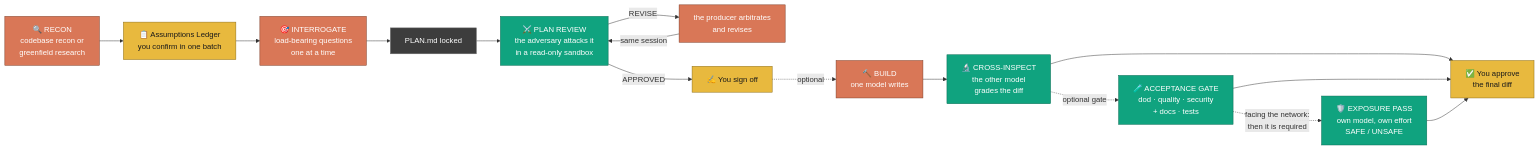
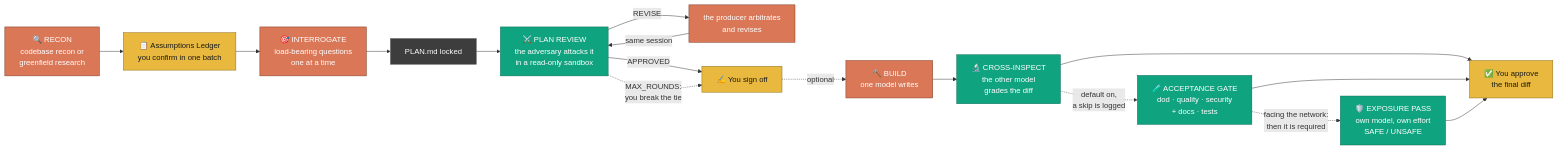
Before and after one commit to ujconsulting/claudex-loop: the diagram in README.md, drawn with Mermaid. The commit also changed other lines of this file and 18 other files, not shown here.

````diff
--- a/README.md
+++ b/README.md
@@ -26,25 +26,26 @@
 ```mermaid
 flowchart LR
     A["🔍 RECON<br>codebase recon or<br>greenfield research"] --> L["📋 Assumptions Ledger<br>you confirm in one batch"]
     L --> B["🎯 INTERROGATE<br>load-bearing questions<br>one at a time"]
     B --> P["PLAN.md locked"]
     P --> C["⚔️ PLAN REVIEW<br>the adversary attacks it<br>in a read-only sandbox"]
     C -- REVISE --> R["the producer arbitrates<br>and revises"]
     R -- same session --> C
     C -- APPROVED --> S["✍️ You sign off"]
+    C -. MAX_ROUNDS:<br>you break the tie .-> S
     S -. optional .-> D["🔨 BUILD<br>one model writes"]
     D --> I["🔬 CROSS-INSPECT<br>the other model<br>grades the diff"]
     I --> G["✅ You approve<br>the final diff"]
-    I -. optional gate .-> V["🧪 ACCEPTANCE GATE<br>dod · quality · security<br>+ docs · tests"]
+    I -. default on,<br>a skip is logged .-> V["🧪 ACCEPTANCE GATE<br>dod · quality · security<br>+ docs · tests"]
     V -. facing the network:<br>then it is required .-> X["🛡️ EXPOSURE PASS<br>own model, own effort<br>SAFE / UNSAFE"]
     V --> G
     X --> G
     classDef producer fill:#d97757,stroke:#7a3a24,color:#fff
     classDef adversary fill:#10a37f,stroke:#0a6b54,color:#fff
     classDef human fill:#e8b93e,stroke:#8a6a14,color:#1a1a1a
     classDef artifact fill:#3d3d3d,stroke:#6b6b6b,color:#fff
     class A,B,R,D producer
     class C,I,V,X adversary
     class L,S,G human
     class P artifact
 ```
````
